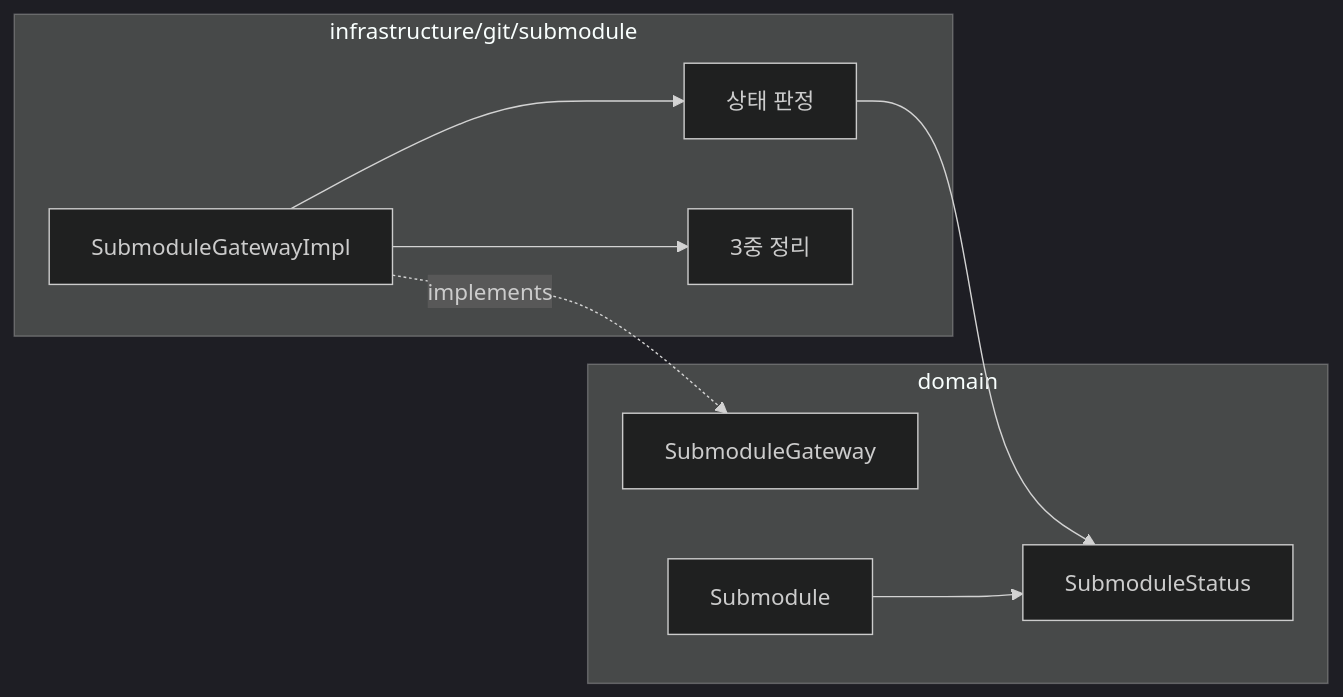
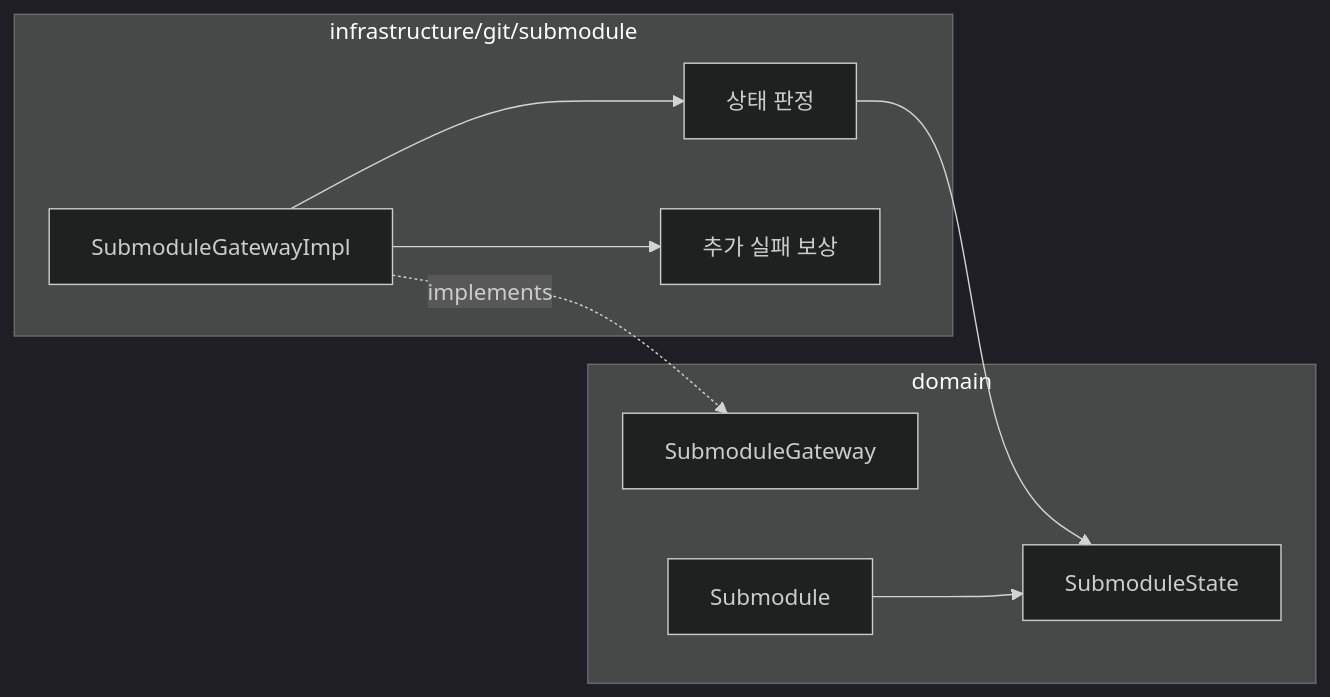
Before and after one commit to biuea3866/gitkraken-clone-app: the second of 2 diagrams in tickets/UND-32-submodule-management.md, drawn with Mermaid (dark theme). The commit also changed other lines of this file and 11 other files, not shown here.

````diff
--- a/tickets/UND-32-submodule-management.md
+++ b/tickets/UND-32-submodule-management.md
@@ -49,18 +38,18 @@
 ```mermaid
 flowchart LR
     subgraph domain
         SG[SubmoduleGateway]
         Sub[Submodule]
-        Status[SubmoduleStatus]
+        State[SubmoduleState]
     end
     subgraph infra["infrastructure/git/submodule"]
         Impl[SubmoduleGatewayImpl]
         Detect[상태 판정]
-        Clean[3중 정리]
+        Rollback[추가 실패 보상]
     end
     Impl -.->|implements| SG
     Impl --> Detect
-    Impl --> Clean
-    Detect --> Status
-    Sub --> Status
+    Impl --> Rollback
+    Detect --> State
+    Sub --> State
 ```
````
